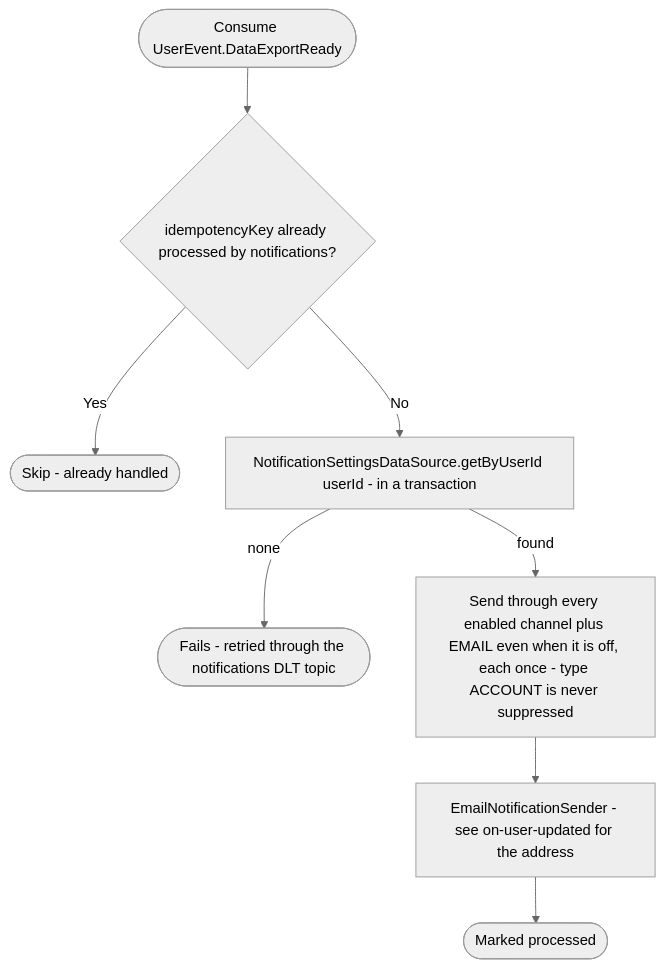
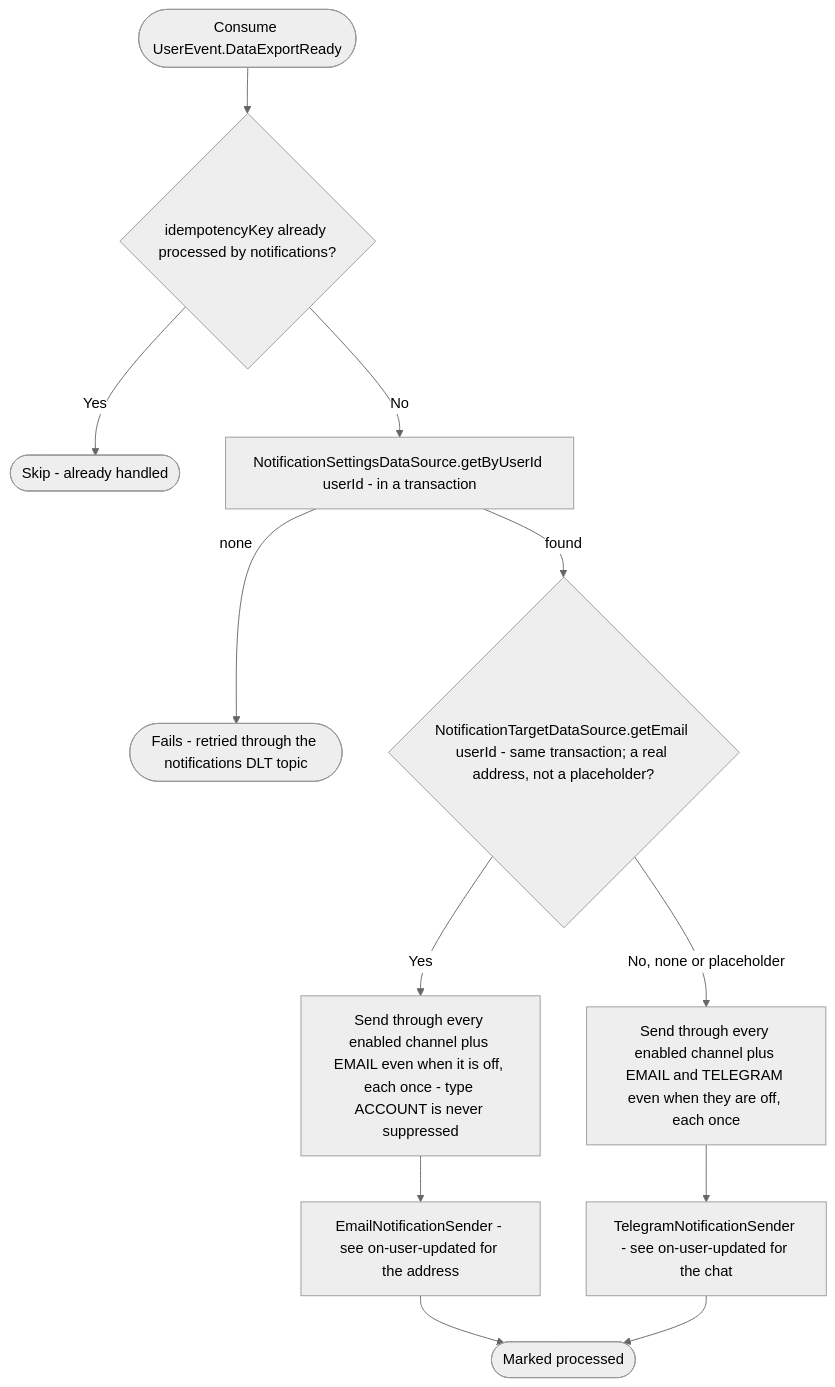
Before and after one commit to nocturneproperties/bookkme: the diagram in docs/operations/notifications/on-data-export-ready.md, drawn with Mermaid (neutral theme). The commit also changed other lines of this file and 40 other files, not shown here.

````diff
--- a/docs/operations/notifications/on-data-export-ready.md
+++ b/docs/operations/notifications/on-data-export-ready.md
@@ -17,10 +19,14 @@
 ```mermaid
 flowchart TD
     Start([Consume UserEvent.DataExportReady]) --> Dedup{idempotencyKey already processed by notifications?}
     Dedup -- Yes --> Skip([Skip - already handled])
     Dedup -- No --> Settings[NotificationSettingsDataSource.getByUserId userId - in a transaction]
     Settings -- none --> Fail([Fails - retried through the notifications DLT topic])
-    Settings -- found --> Channels["Send through every enabled channel plus EMAIL even when it is off, each once - type ACCOUNT is never suppressed"]
+    Settings -- found --> Deliverable{"NotificationTargetDataSource.getEmail userId - same transaction; a real address, not a placeholder?"}
+    Deliverable -- Yes --> Channels["Send through every enabled channel plus EMAIL even when it is off, each once - type ACCOUNT is never suppressed"]
+    Deliverable -- No, none or placeholder --> ChannelsTelegram["Send through every enabled channel plus EMAIL and TELEGRAM even when they are off, each once"]
     Channels --> Email[EmailNotificationSender - see on-user-updated for the address]
+    ChannelsTelegram --> Telegram[TelegramNotificationSender - see on-user-updated for the chat]
     Email --> Ack([Marked processed])
+    Telegram --> Ack
 ```
````
